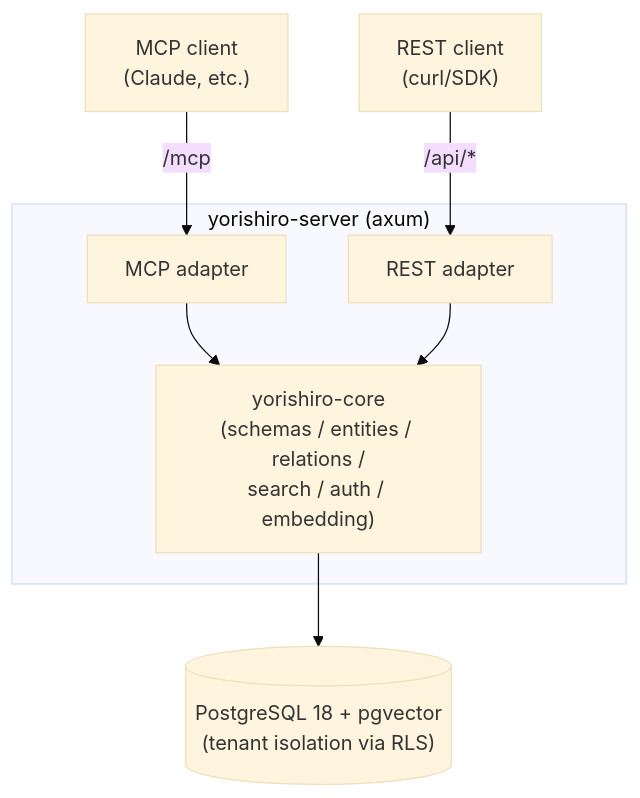
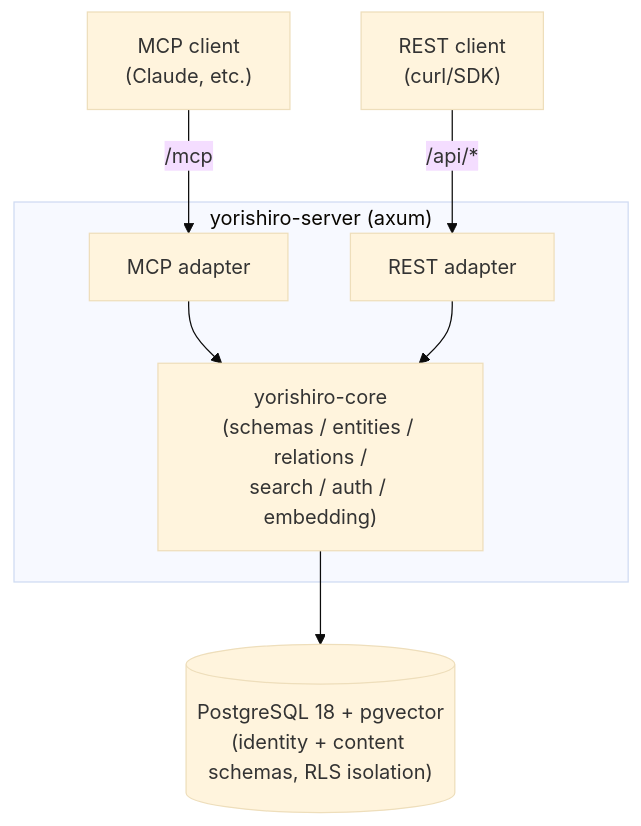
One commit to yorishiro-ai/yorishiro changed the diagram in README.md. Above: the diagram before and after it, drawn with Mermaid (base theme). The commit also changed other lines of this file and 46 other files, not shown here.

````diff
--- a/README.md
+++ b/README.md
@@ -14,19 +14,19 @@
 ```mermaid
 flowchart TD
     MCPClient["MCP client<br/>(Claude, etc.)"]
     RESTClient["REST client<br/>(curl/SDK)"]
 
     subgraph Server["yorishiro-server (axum)"]
         MCPAdapter["MCP adapter"]
         RESTAdapter["REST adapter"]
         Core["yorishiro-core<br/>(schemas / entities / relations /<br/>search / auth / embedding)"]
         MCPAdapter --> Core
         RESTAdapter --> Core
     end
 
-    DB[("PostgreSQL 18 + pgvector<br/>(tenant isolation via RLS)")]
+    DB[("PostgreSQL 18 + pgvector<br/>(identity + content schemas, RLS isolation)")]
 
     MCPClient -->|"/mcp"| MCPAdapter
     RESTClient -->|"/api/*"| RESTAdapter
     Core --> DB
 ```
````
